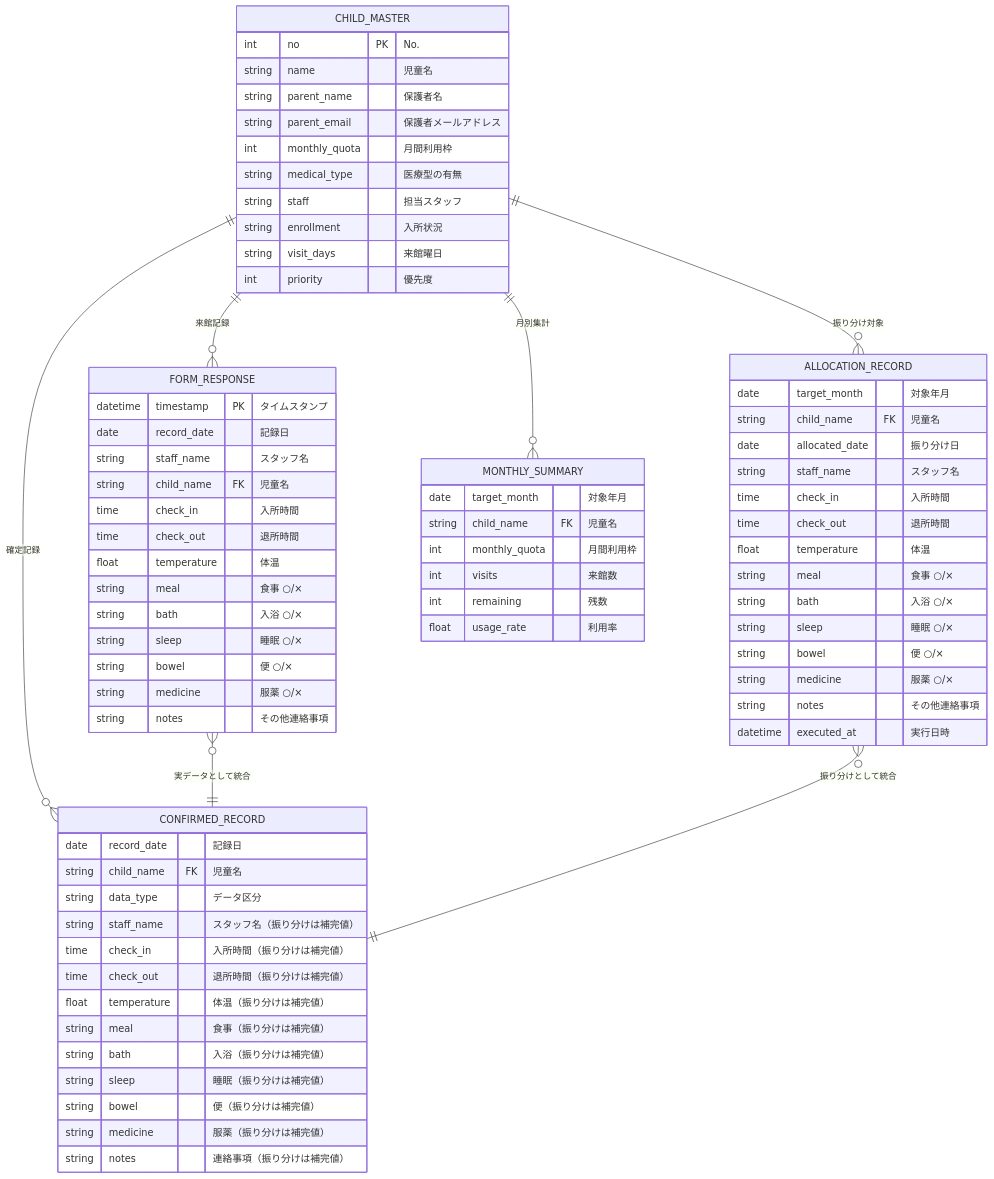
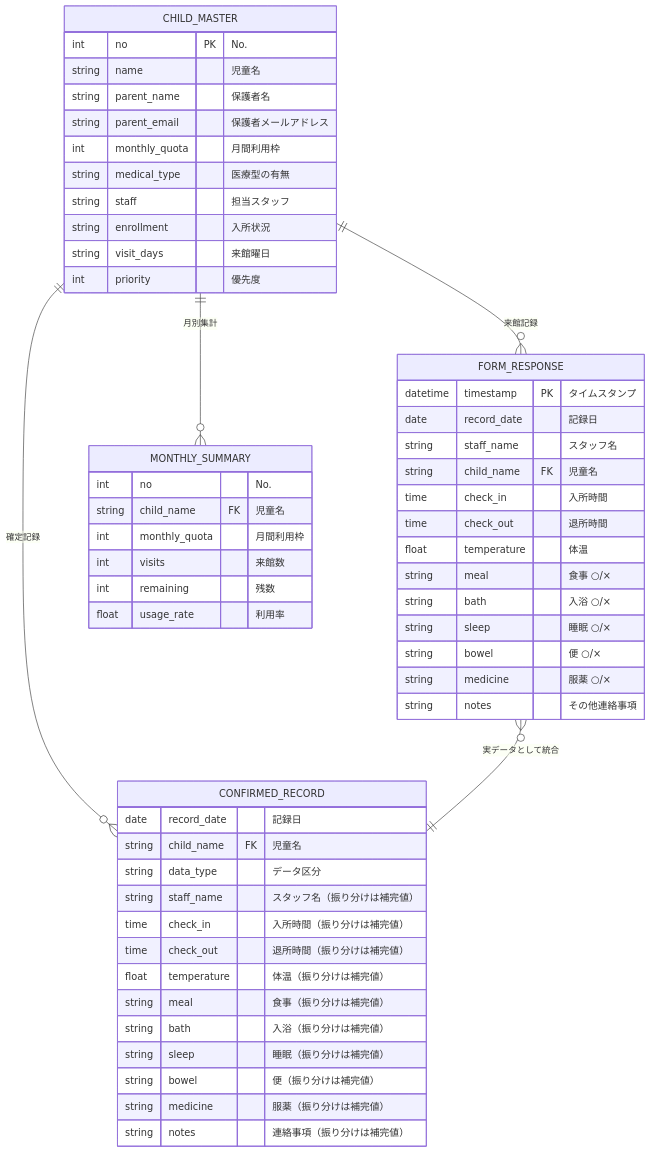
Before and after one commit to Tatetsu/oen-yorimado: the diagram in docs/er-diagram.md, drawn with Mermaid. The commit also changed other lines of this file and 6 other files, not shown here.

````diff
--- a/docs/er-diagram.md
+++ b/docs/er-diagram.md
@@ -5,80 +5,61 @@
 ```mermaid
 erDiagram
     CHILD_MASTER {
         int no PK "No."
         string name "児童名"
         string parent_name "保護者名"
         string parent_email "保護者メールアドレス"
         int monthly_quota "月間利用枠"
         string medical_type "医療型の有無"
         string staff "担当スタッフ"
         string enrollment "入所状況"
         string visit_days "来館曜日"
         int priority "優先度"
     }
 
     FORM_RESPONSE {
         datetime timestamp PK "タイムスタンプ"
         date record_date "記録日"
         string staff_name "スタッフ名"
         string child_name FK "児童名"
         time check_in "入所時間"
         time check_out "退所時間"
         float temperature "体温"
         string meal "食事 ○/×"
         string bath "入浴 ○/×"
         string sleep "睡眠 ○/×"
         string bowel "便 ○/×"
         string medicine "服薬 ○/×"
         string notes "その他連絡事項"
     }
 
-    ALLOCATION_RECORD {
-        date target_month "対象年月"
-        string child_name FK "児童名"
-        date allocated_date "振り分け日"
-        string staff_name "スタッフ名"
-        time check_in "入所時間"
-        time check_out "退所時間"
-        float temperature "体温"
-        string meal "食事 ○/×"
-        string bath "入浴 ○/×"
-        string sleep "睡眠 ○/×"
-        string bowel "便 ○/×"
-        string medicine "服薬 ○/×"
-        string notes "その他連絡事項"
-        datetime executed_at "実行日時"
-    }
-
     CONFIRMED_RECORD {
         date record_date "記録日"
         string child_name FK "児童名"
         string data_type "データ区分"
         string staff_name "スタッフ名（振り分けは補完値）"
         time check_in "入所時間（振り分けは補完値）"
         time check_out "退所時間（振り分けは補完値）"
         float temperature "体温（振り分けは補完値）"
         string meal "食事（振り分けは補完値）"
         string bath "入浴（振り分けは補完値）"
         string sleep "睡眠（振り分けは補完値）"
         string bowel "便（振り分けは補完値）"
         string medicine "服薬（振り分けは補完値）"
         string notes "連絡事項（振り分けは補完値）"
     }
 
     MONTHLY_SUMMARY {
-        date target_month "対象年月"
+        int no "No."
         string child_name FK "児童名"
         int monthly_quota "月間利用枠"
         int visits "来館数"
         int remaining "残数"
         float usage_rate "利用率"
     }
 
     CHILD_MASTER ||--o{ FORM_RESPONSE : "来館記録"
-    CHILD_MASTER ||--o{ ALLOCATION_RECORD : "振り分け対象"
     CHILD_MASTER ||--o{ CONFIRMED_RECORD : "確定記録"
     CHILD_MASTER ||--o{ MONTHLY_SUMMARY : "月別集計"
     FORM_RESPONSE }o--|| CONFIRMED_RECORD : "実データとして統合"
-    ALLOCATION_RECORD }o--|| CONFIRMED_RECORD : "振り分けとして統合"
 ```
````
